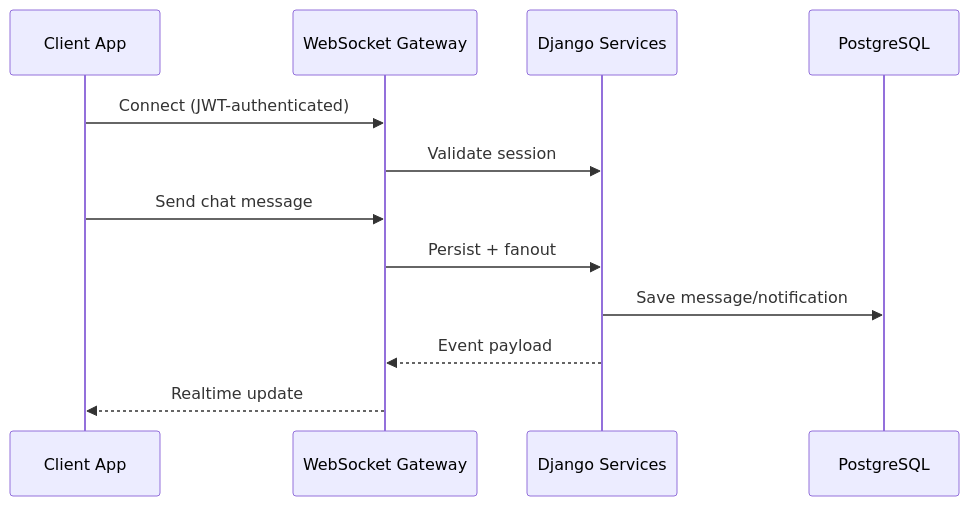
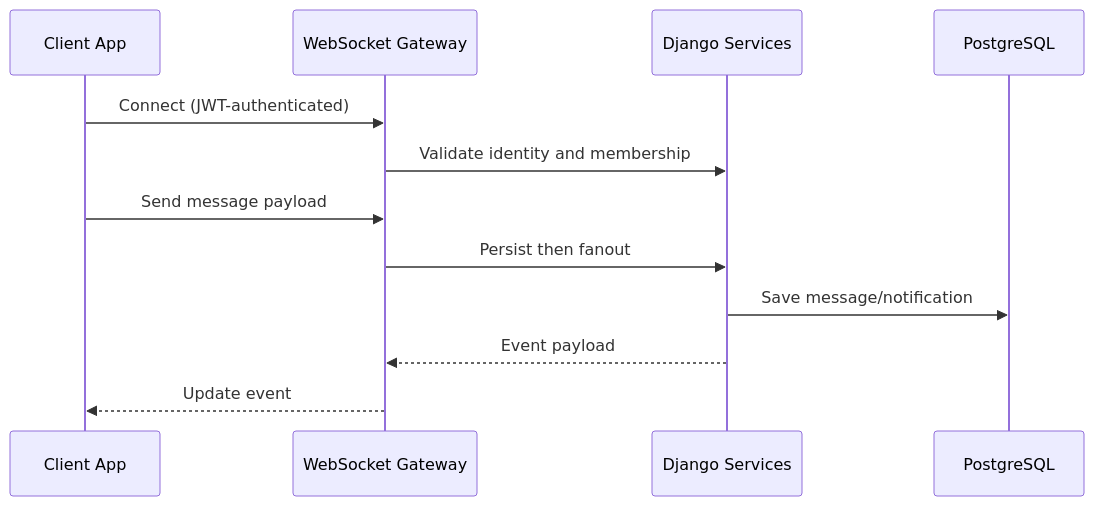
Before and after one commit to Menna0Allah/MultiTask-docs: the fourth of 5 diagrams in docs/architecture.md, drawn with Mermaid. The commit also changed other lines of this file and 10 other files, not shown here.

````diff
--- a/docs/architecture.md
+++ b/docs/architecture.md
@@ -51,15 +73,15 @@
 ```mermaid
 sequenceDiagram
   participant C as Client App
   participant W as WebSocket Gateway
   participant S as Django Services
   participant D as PostgreSQL
 
   C->>W: Connect (JWT-authenticated)
-  W->>S: Validate session
-  C->>W: Send chat message
-  W->>S: Persist + fanout
+  W->>S: Validate identity and membership
+  C->>W: Send message payload
+  W->>S: Persist then fanout
   S->>D: Save message/notification
   S-->>W: Event payload
-  W-->>C: Realtime update
+  W-->>C: Update event
 ```
````
